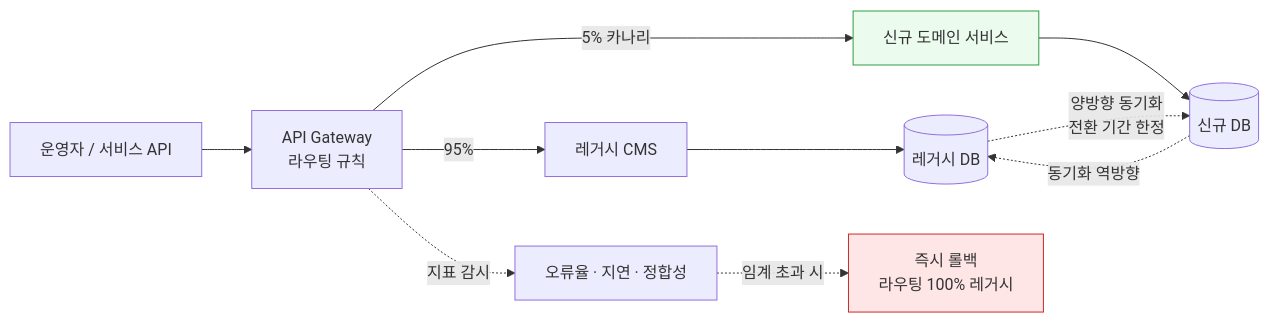
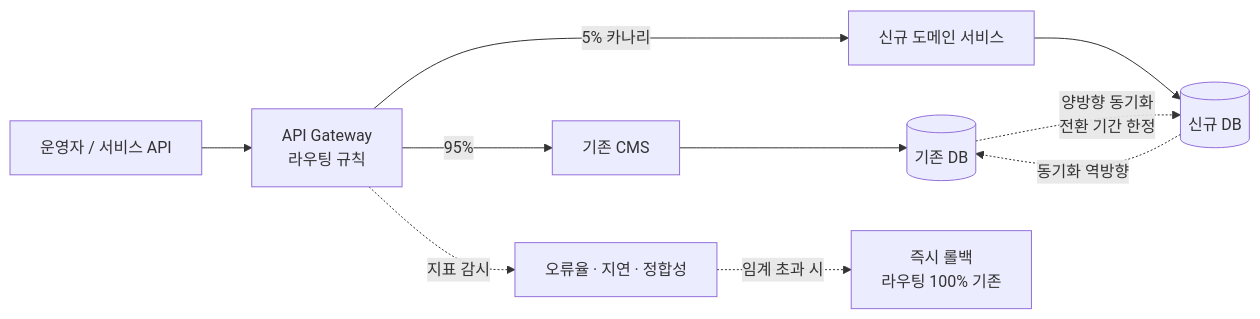
Before and after one commit to withwooyong/withwooyong.github.io: diagram 18 of 20 in pages/product-lead-loadmap/01_CMS.md, drawn with Mermaid. The commit also changed other lines of this file and 16 other files, not shown here.

````diff
--- a/pages/product-lead-loadmap/01_CMS.md
+++ b/pages/product-lead-loadmap/01_CMS.md
@@ -1129,18 +1136,15 @@
 ```mermaid
 flowchart LR
     CLIENT["운영자 / 서비스 API"] --> GW["API Gateway<br/>라우팅 규칙"]
-    GW -->|"95%"| LEG["레거시 CMS"]
+    GW -->|"95%"| LEG["기존 CMS"]
     GW -->|"5% 카나리"| NEW["신규 도메인 서비스"]
 
-    LEG --> DBOLD[("레거시 DB")]
+    LEG --> DBOLD[("기존 DB")]
     NEW --> DBNEW[("신규 DB")]
 
     DBOLD -.양방향 동기화<br/>전환 기간 한정.-> DBNEW
     DBNEW -.동기화 역방향.-> DBOLD
 
     GW -.지표 감시.-> MON["오류율 · 지연 · 정합성"]
-    MON -.임계 초과 시.-> RB["즉시 롤백<br/>라우팅 100% 레거시"]
-
-    style NEW fill:#ebfbee,stroke:#2f9e44
-    style RB fill:#ffe6e6,stroke:#c92a2a
+    MON -.임계 초과 시.-> RB["즉시 롤백<br/>라우팅 100% 기존"]
 ```
````
